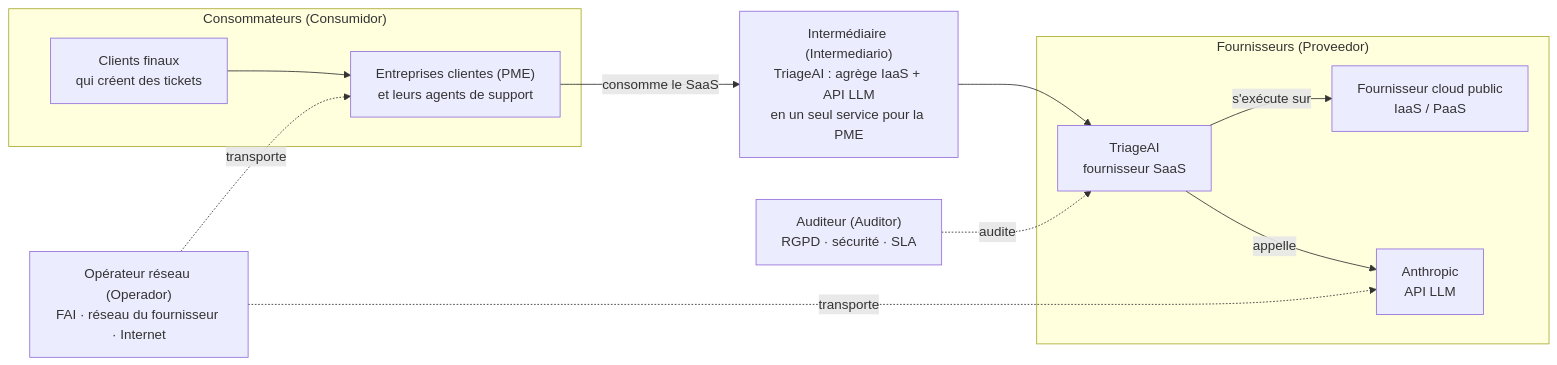
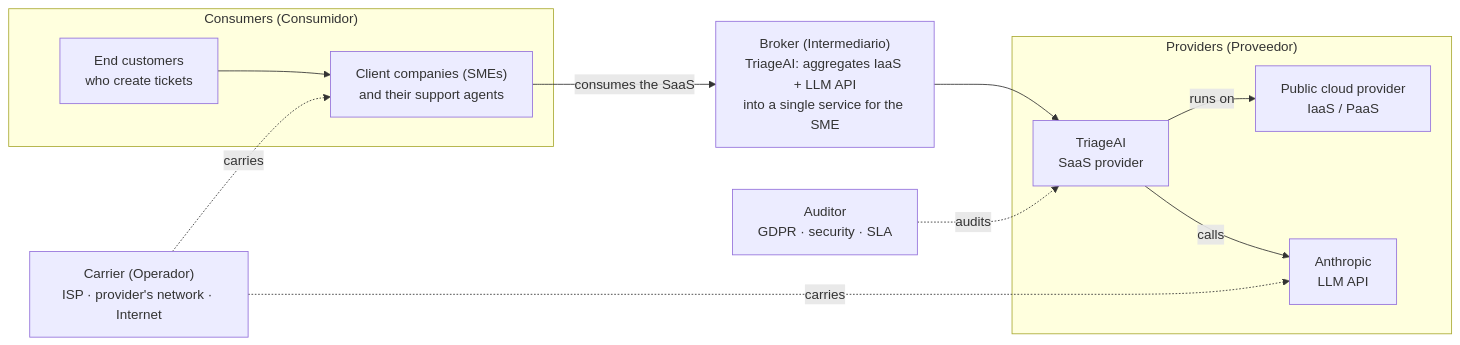
The diagram in docs/diagramas/actores-nist.mmd (elgmouad/triage-agentics), drawn with Mermaid before and after one commit. The commit also changed 3 other files, not shown here.

Commit message:
docs: traduce al ingles los diagramas de secuencia y de actores NIST (fuente .mmd y SVG renderizado)

```diff
--- a/docs/diagramas/actores-nist.mmd
+++ b/docs/diagramas/actores-nist.mmd
@@ -1,24 +1,24 @@
 flowchart LR
-    subgraph CONS["Consommateurs (Consumidor)"]
-        PME["Entreprises clientes (PME)<br/>et leurs agents de support"]
-        CLI["Clients finaux<br/>qui créent des tickets"]
+    subgraph CONS["Consumers (Consumidor)"]
+        PME["Client companies (SMEs)<br/>and their support agents"]
+        CLI["End customers<br/>who create tickets"]
     end
 
-    subgraph PROV["Fournisseurs (Proveedor)"]
-        TAI["TriageAI<br/>fournisseur SaaS"]
-        IAAS["Fournisseur cloud public<br/>IaaS / PaaS"]
-        ANT["Anthropic<br/>API LLM"]
+    subgraph PROV["Providers (Proveedor)"]
+        TAI["TriageAI<br/>SaaS provider"]
+        IAAS["Public cloud provider<br/>IaaS / PaaS"]
+        ANT["Anthropic<br/>LLM API"]
     end
 
-    BRK["Intermédiaire (Intermediario)<br/>TriageAI : agrège IaaS + API LLM<br/>en un seul service pour la PME"]
-    AUD["Auditeur (Auditor)<br/>RGPD · sécurité · SLA"]
-    CAR["Opérateur réseau (Operador)<br/>FAI · réseau du fournisseur · Internet"]
+    BRK["Broker (Intermediario)<br/>TriageAI: aggregates IaaS + LLM API<br/>into a single service for the SME"]
+    AUD["Auditor<br/>GDPR · security · SLA"]
+    CAR["Carrier (Operador)<br/>ISP · provider's network · Internet"]
 
     CLI --> PME
-    PME -- "consomme le SaaS" --> BRK
+    PME -- "consumes the SaaS" --> BRK
     BRK --> TAI
-    TAI -- "s'exécute sur" --> IAAS
-    TAI -- "appelle" --> ANT
-    AUD -. "audite" .-> TAI
-    CAR -. "transporte" .-> PME
-    CAR -. "transporte" .-> ANT
+    TAI -- "runs on" --> IAAS
+    TAI -- "calls" --> ANT
+    AUD -. "audits" .-> TAI
+    CAR -. "carries" .-> PME
+    CAR -. "carries" .-> ANT
```
